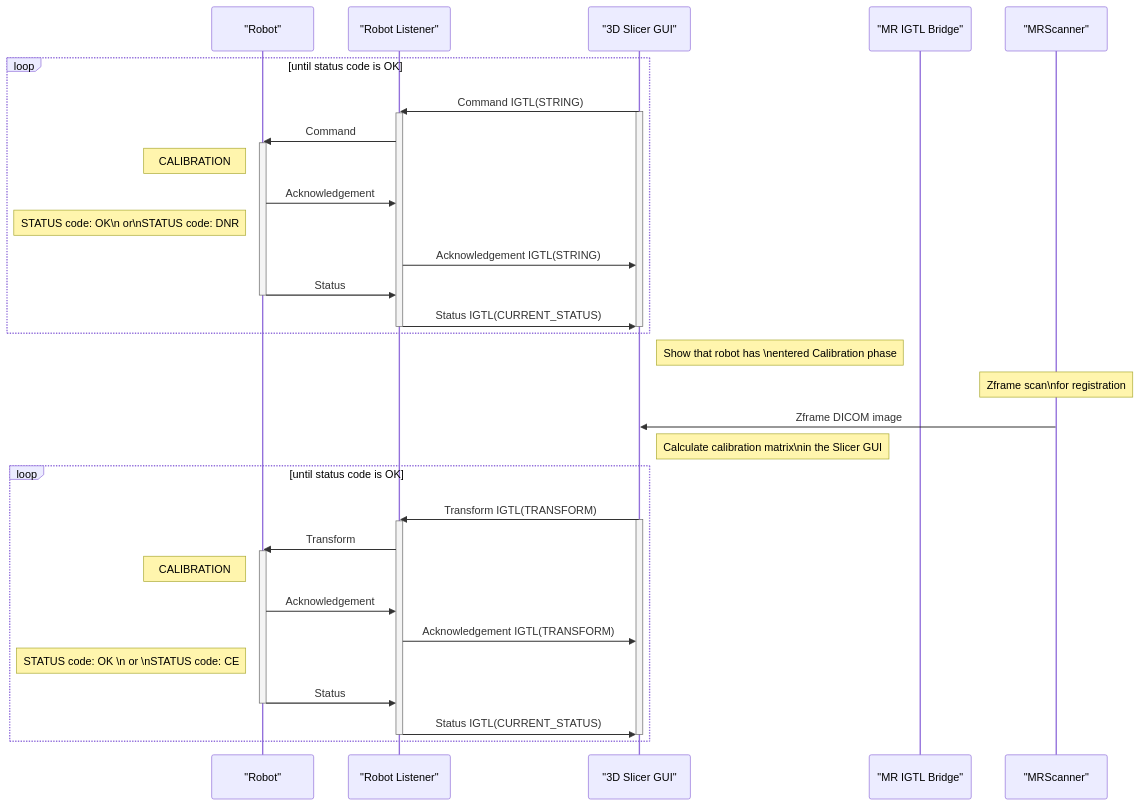
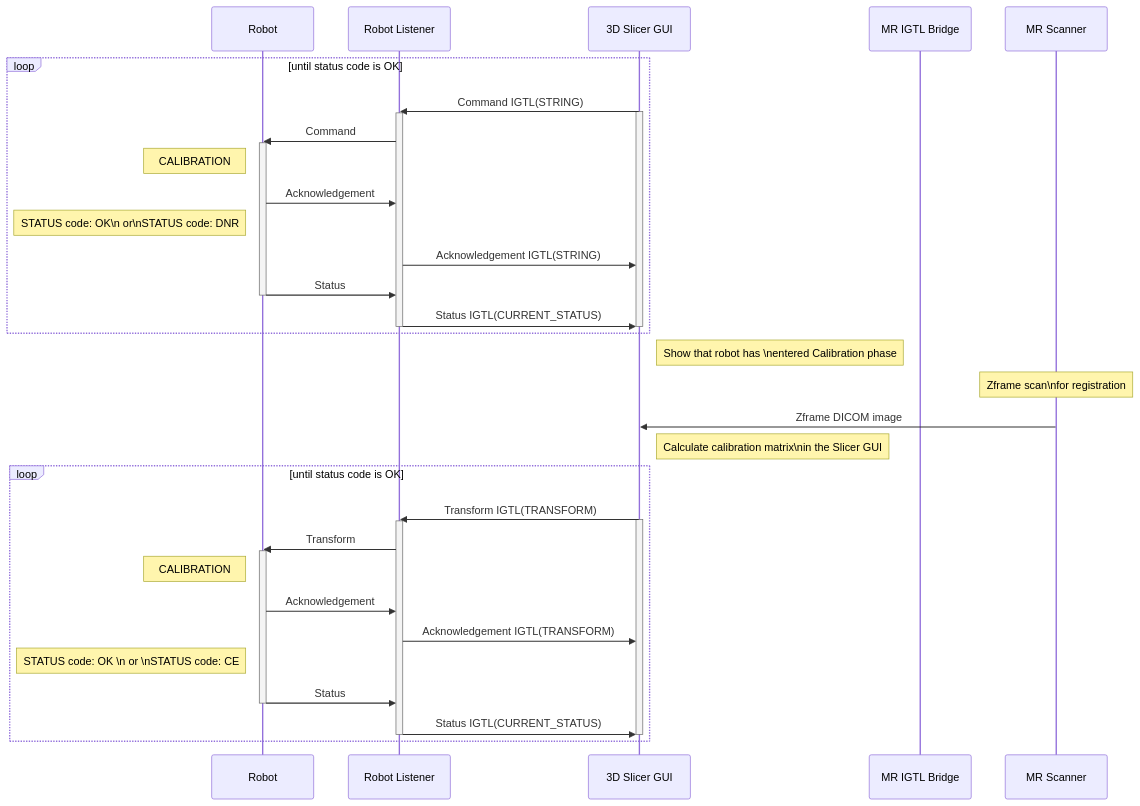
One commit to ProstateBRP/BRPRobot2021 changed the second of 5 diagrams in README.md. Above: the diagram before and after it, drawn with Mermaid. The commit also changed other lines of this file, not shown here.

Commit message:
Remove double-quotations from the participant names in the sequence diagram.

````diff
--- a/README.md
+++ b/README.md
@@ -61,47 +61,48 @@
 ```mermaid
 sequenceDiagram
 
-participant "Robot"
-participant "Robot Listener"
-participant "3D Slicer GUI"
-participant "MR IGTL Bridge"
-participant "MRScanner"
+participant R as Robot
+participant RL as Robot Listener
+participant SGUI as 3D Slicer GUI
+participant MRIGTL  as MR IGTL Bridge
+participant MRS as MR Scanner
+
 
 loop until status code is OK
-"3D Slicer GUI"->>"Robot Listener":Command IGTL(STRING)
-activate "3D Slicer GUI"
-activate "Robot Listener"
-"Robot Listener"->>"Robot":Command
-activate "Robot"
-note left of "Robot":CALIBRATION
-"Robot"->>"Robot Listener":Acknowledgement
-note left of "Robot":STATUS code: OK\n              or\nSTATUS code: DNR
-"Robot Listener"->>"3D Slicer GUI":Acknowledgement IGTL(STRING)
-"Robot"->>"Robot Listener":Status
-deactivate "Robot"
-"Robot Listener"->>"3D Slicer GUI":Status IGTL(CURRENT_STATUS)
-deactivate "3D Slicer GUI"
-deactivate "Robot Listener"
+SGUI->>RL:Command IGTL(STRING)
+activate SGUI
+activate RL
+RL->>R:Command
+activate R
+note left of R:CALIBRATION
+R->>RL:Acknowledgement
+note left of R:STATUS code: OK\n              or\nSTATUS code: DNR
+RL->>SGUI:Acknowledgement IGTL(STRING)
+R->>RL:Status
+deactivate R
+RL->>SGUI:Status IGTL(CURRENT_STATUS)
+deactivate SGUI
+deactivate RL
 end
-note right of "3D Slicer GUI":Show that robot has \nentered Calibration phase
-note over "MRScanner":Zframe scan\nfor registration
-"MRScanner"->>"3D Slicer GUI":Zframe DICOM image
-note right of "3D Slicer GUI":Calculate calibration matrix\nin the Slicer GUI
+note right of SGUI:Show that robot has \nentered Calibration phase
+note over MRS:Zframe scan\nfor registration
+MRS->>SGUI:Zframe DICOM image
+note right of SGUI:Calculate calibration matrix\nin the Slicer GUI
 loop until status code is OK
-"3D Slicer GUI"->>"Robot Listener":Transform IGTL(TRANSFORM)
-activate "3D Slicer GUI"
-activate "Robot Listener"
-"Robot Listener"->>"Robot":Transform
-activate "Robot"
-note left of "Robot":CALIBRATION
-"Robot"->>"Robot Listener":Acknowledgement
-"Robot Listener"->>"3D Slicer GUI":Acknowledgement IGTL(TRANSFORM)
-note left of "Robot":STATUS code: OK \n              or \nSTATUS code: CE
-"Robot"->>"Robot Listener":Status
-deactivate "Robot"
-"Robot Listener"->>"3D Slicer GUI":Status IGTL(CURRENT_STATUS)
-deactivate "3D Slicer GUI"
-deactivate "Robot Listener"
+SGUI->>RL:Transform IGTL(TRANSFORM)
+activate SGUI
+activate RL
+RL->>R:Transform
+activate R
+note left of R:CALIBRATION
+R->>RL:Acknowledgement
+RL->>SGUI:Acknowledgement IGTL(TRANSFORM)
+note left of R:STATUS code: OK \n              or \nSTATUS code: CE
+R->>RL:Status
+deactivate R
+RL->>SGUI:Status IGTL(CURRENT_STATUS)
+deactivate SGUI
+deactivate RL
 
 end
 ```
````
